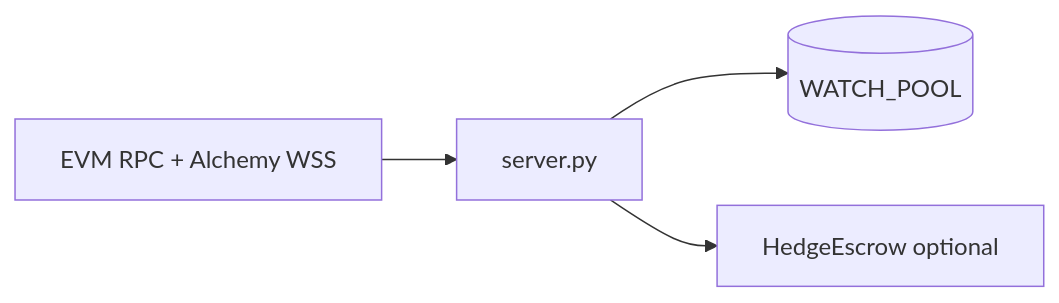
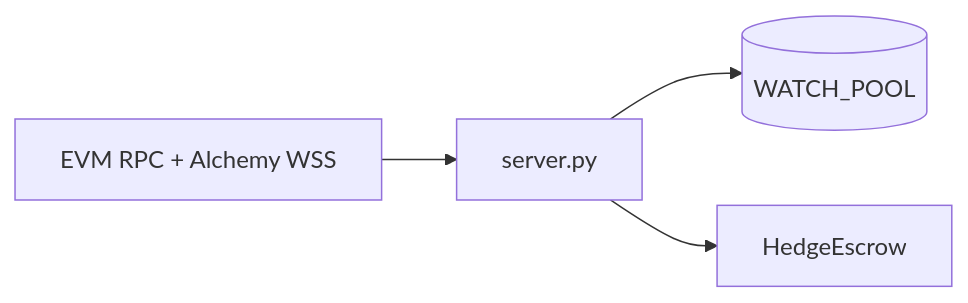
Before and after one commit to NotKrystian/DeltaFlow: the diagram in docs/operations/backend-api.md, drawn with Mermaid. The commit also changed other lines of this file and 19 other files, not shown here.

Commit message:
(docs) updated docs to correct design (feat) updated deployment to always include hedgeEscrow

````diff
--- a/docs/operations/backend-api.md
+++ b/docs/operations/backend-api.md
@@ -5,10 +5,10 @@
 ```mermaid
 flowchart LR
   RPC[EVM RPC + Alchemy WSS]
   S[server.py]
   P[(WATCH_POOL)]
-  E[HedgeEscrow optional]
+  E[HedgeEscrow]
   RPC --> S
   S --> P
   S --> E
 ```
````
